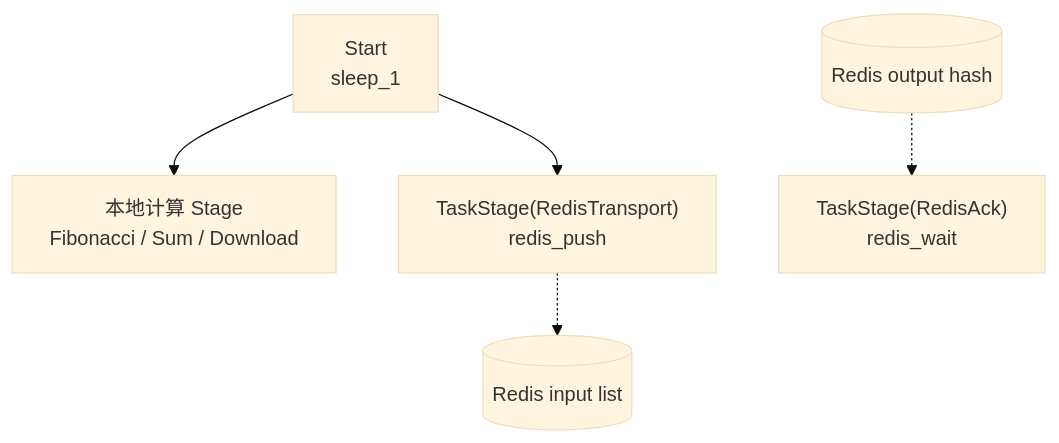
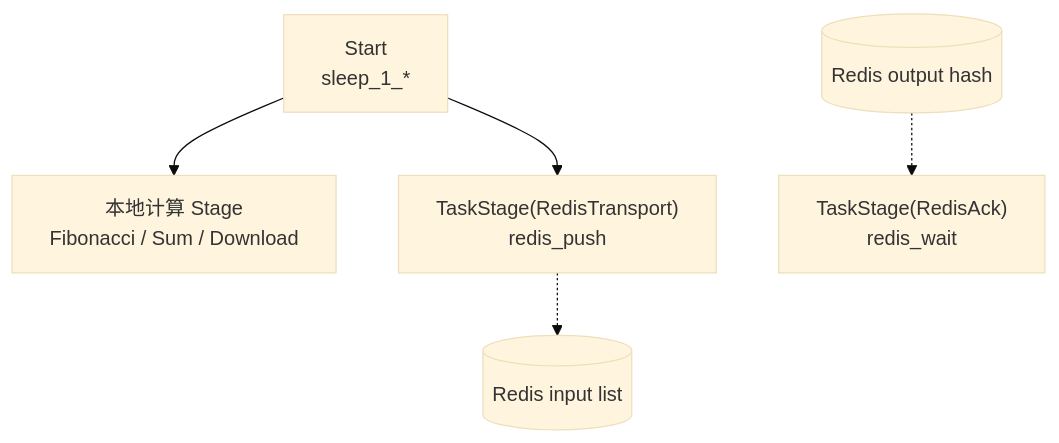
The third of 4 diagrams in docs/zh-CN/demo/demo_redis.md (Mr-xiaotian/CelestialFlow), drawn with Mermaid (base theme) before and after one commit. The commit also changed other lines of this file and 67 other files, not shown here.

````diff
--- a/docs/zh-CN/demo/demo_redis.md
+++ b/docs/zh-CN/demo/demo_redis.md
@@ -259,7 +220,7 @@
 ```mermaid
 flowchart TB
-    Start["Start<br/>sleep_1"] --> Local["本地计算 Stage<br/>Fibonacci / Sum / Download"]
+    Start["Start<br/>sleep_1_*"] --> Local["本地计算 Stage<br/>Fibonacci / Sum / Download"]
     Start --> Transport["TaskStage(RedisTransport)<br/>redis_push"]
     Transport -.-> RedisIn[(Redis input list)]
     RedisOut[(Redis output hash)] -.-> Ack["TaskStage(RedisAck)<br/>redis_wait"]
 ```
````
